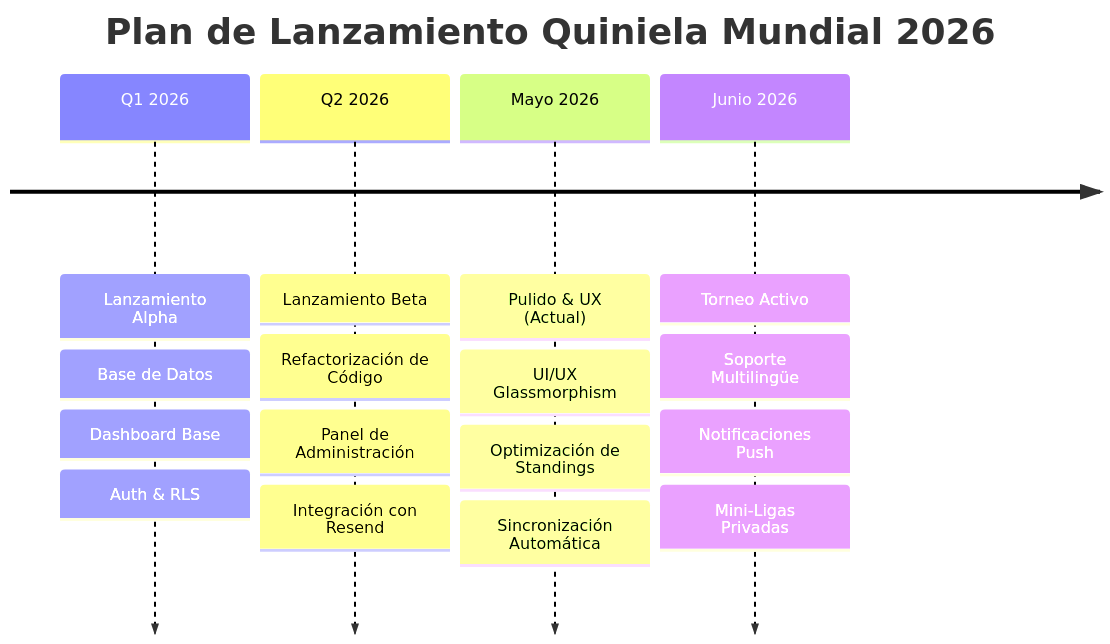
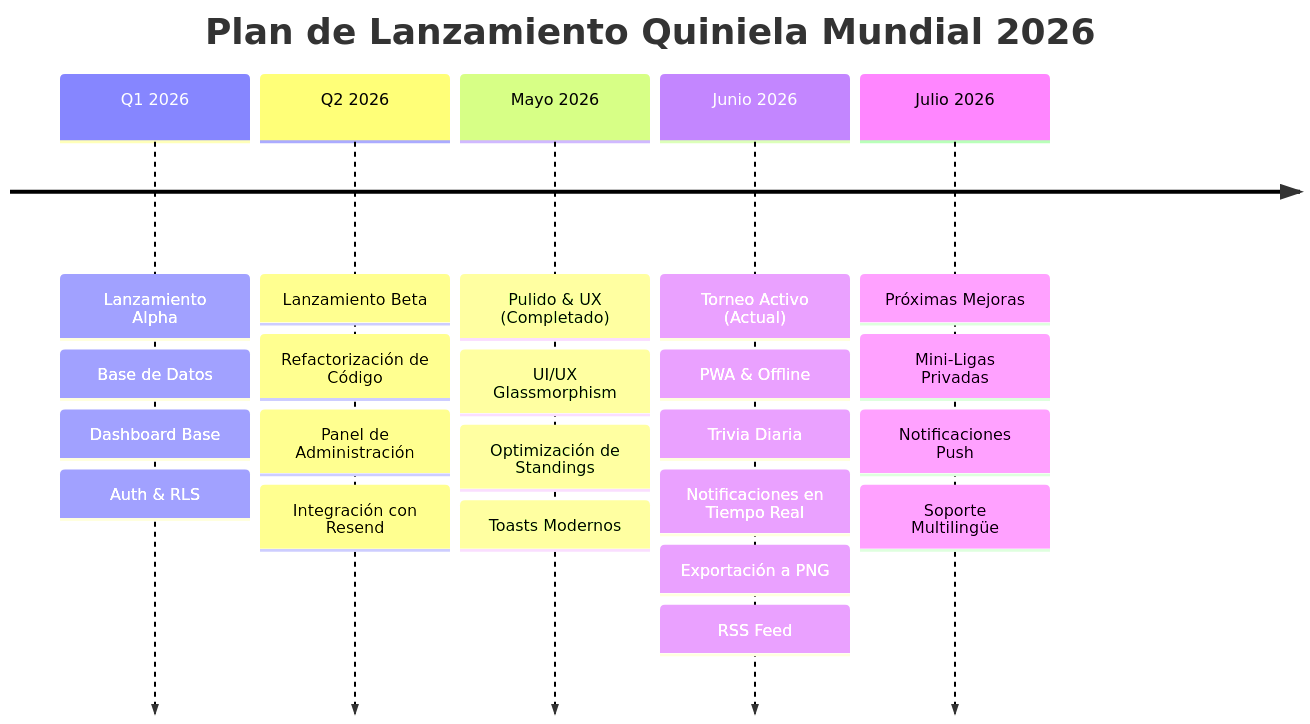
The diagram in roadmap.md (estebanzu/quiniela-del-mundial), drawn with Mermaid before and after one commit. The commit also changed other lines of this file and 2 other files, not shown here.

````diff
--- a/roadmap.md
+++ b/roadmap.md
@@ -9,8 +9,9 @@
 ```mermaid
 timeline
     title Plan de Lanzamiento Quiniela Mundial 2026
     Q1 2026 : Lanzamiento Alpha : Base de Datos : Dashboard Base : Auth & RLS
     Q2 2026 : Lanzamiento Beta : Refactorización de Código : Panel de Administración : Integración con Resend
-    Mayo 2026 : Pulido & UX (Actual) : UI/UX Glassmorphism : Optimización de Standings : Sincronización Automática
-    Junio 2026 : Torneo Activo : Soporte Multilingüe : Notificaciones Push : Mini-Ligas Privadas
+    Mayo 2026 : Pulido & UX (Completado) : UI/UX Glassmorphism : Optimización de Standings : Toasts Modernos
+    Junio 2026 : Torneo Activo (Actual) : PWA & Offline : Trivia Diaria : Notificaciones en Tiempo Real : Exportación a PNG : RSS Feed
+    Julio 2026 : Próximas Mejoras : Mini-Ligas Privadas : Notificaciones Push : Soporte Multilingüe
 ```
````
